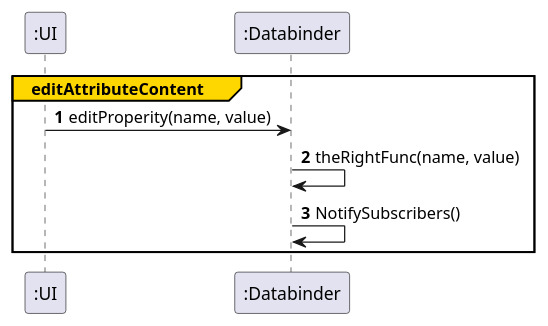
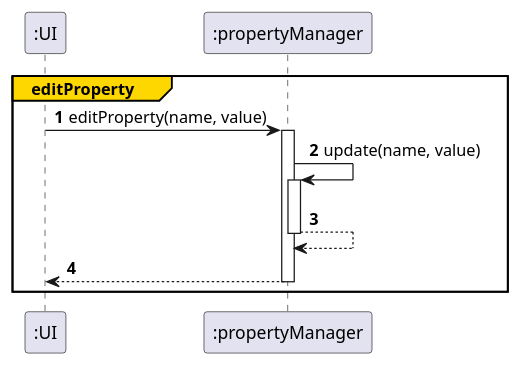
Diagram 11 of 17 in docs/graphs/ssd.iuml (Vghxv/Dr.UML__________________), drawn with PlantUML before and after one commit. The commit also changed other lines of this file and 4 other files, not shown here.

```diff
--- a/docs/graphs/ssd.iuml
+++ b/docs/graphs/ssd.iuml
@@ -202,8 +229,10 @@
 @startuml
 autonumber
-group#gold #white editAttributeContent
-    ":UI" -> ":Databinder": editProperity(name, value)
-    ":Databinder" ->  ":Databinder" : theRightFunc(name, value)
-    ":Databinder" -> ":Databinder": NotifySubscribers()
-end editAttributeContent
+autoactivate on
+group#gold #white editProperty
+    ":UI" -> ":propertyManager": editProperty(name, value)
+    ":propertyManager" -> ":propertyManager" : update(name, value)
+    return
+    return
+end editProperty
 @enduml
```
